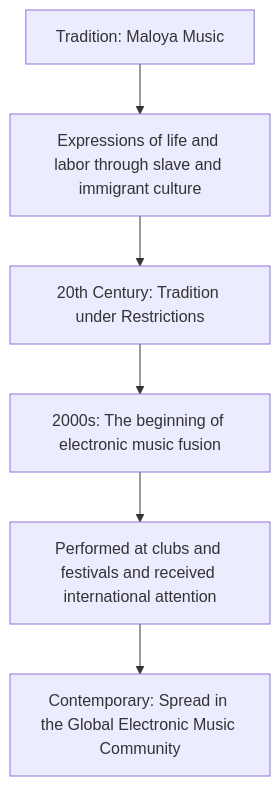
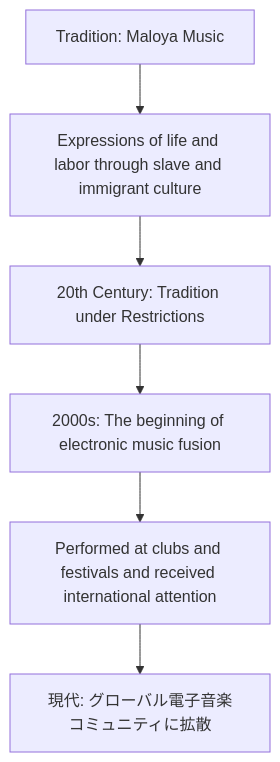
Before and after one commit to monumental-movement/monumental-movement.github.io: the fifth of 6 diagrams in en/_posts/2025-10-04-Column-Nyege-Nyege.md, drawn with Mermaid. The commit also changed other lines of this file and 252 other files, not shown here.

```diff
--- a/en/_posts/2025-10-04-Column-Nyege-Nyege.md
+++ b/en/_posts/2025-10-04-Column-Nyege-Nyege.md
@@ -249,10 +249,10 @@
 <div class="mermaid">
 
 flowchart TD
     A["Tradition: Maloya Music"] --> B["Expressions of life and labor through slave and immigrant culture"]
     B --> C["20th Century: Tradition under Restrictions"]
     C --> D["2000s: The beginning of electronic music fusion"]
     D --> E["Performed at clubs and festivals and received international attention"]
-    E --> F["Contemporary: Spread in the Global Electronic Music Community"]
+    E --> F["現代: グローバル電子音楽コミュニティに拡散"]
 
 </div>
```
